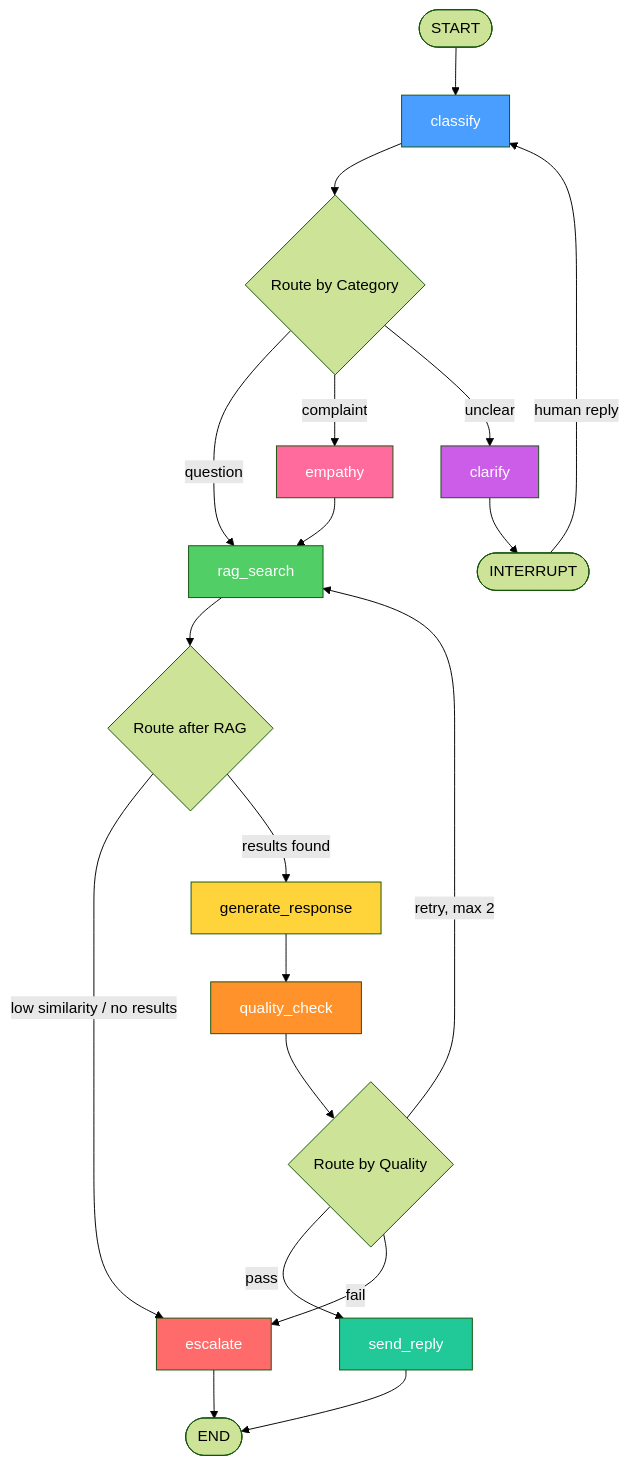
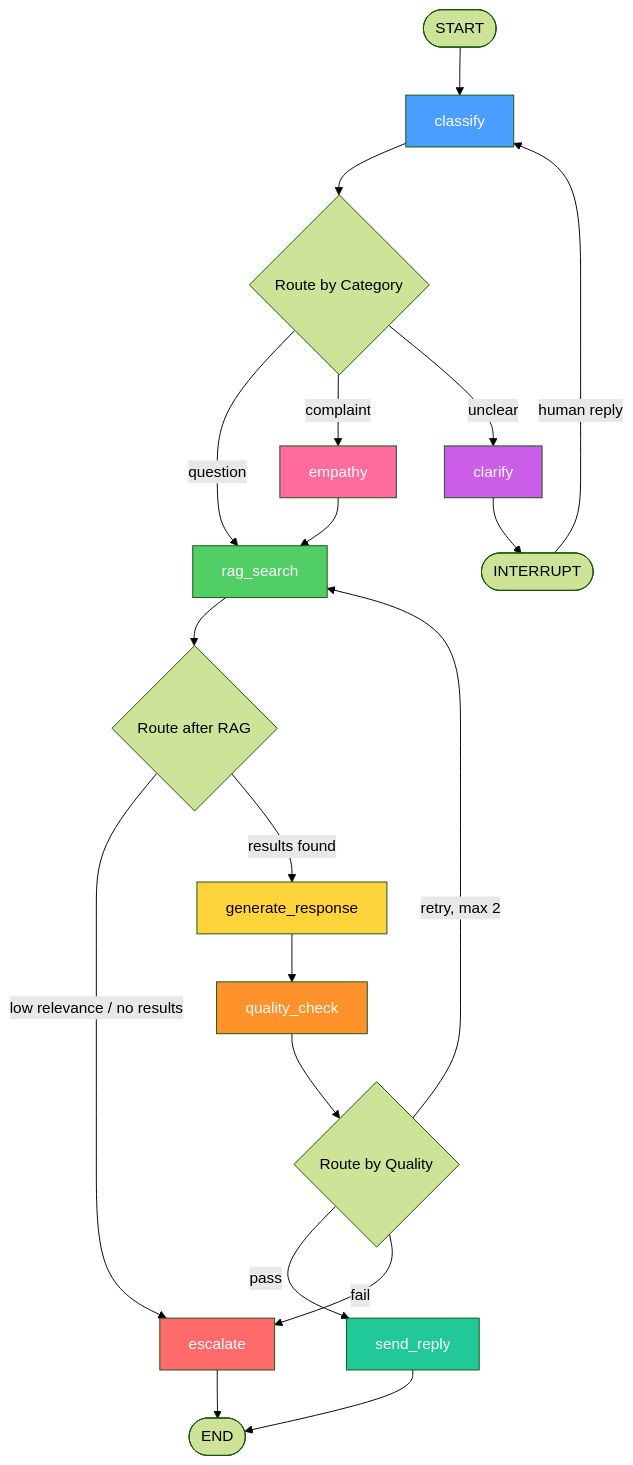
One commit to Panth19/support-agent changed the diagram in README.md. Above: the diagram before and after it, drawn with Mermaid (forest theme). The commit also changed other lines of this file, not shown here.

First line of the commit message:
docs: update README to reflect three-layer RAG quality gate

````diff
--- a/README.md
+++ b/README.md
@@ -36,37 +36,37 @@
 ```mermaid
 graph TD
     START([START]) --> classify
 
     classify --> route_by_category{Route by Category}
 
     route_by_category -->|question| rag_search
     route_by_category -->|complaint| empathy
     route_by_category -->|unclear| clarify
 
     empathy --> rag_search
 
     rag_search --> route_after_rag{Route after RAG}
-    route_after_rag -->|low similarity / no results| escalate
+    route_after_rag -->|low relevance / no results| escalate
     route_after_rag -->|results found| generate_response
 
     generate_response --> quality_check
     quality_check --> route_by_quality{Route by Quality}
 
     route_by_quality -->|pass| send_reply
     route_by_quality -->|retry, max 2| rag_search
     route_by_quality -->|fail| escalate
 
     send_reply --> END([END])
     escalate --> END
     clarify --> INTERRUPT([INTERRUPT])
     INTERRUPT -->|human reply| classify
 
     style classify fill:#4a9eff,color:#fff
     style empathy fill:#ff6b9d,color:#fff
     style rag_search fill:#51cf66,color:#fff
     style generate_response fill:#ffd43b,color:#000
     style quality_check fill:#ff922b,color:#fff
     style send_reply fill:#20c997,color:#fff
     style escalate fill:#ff6b6b,color:#fff
     style clarify fill:#cc5de8,color:#fff
 ```
````
